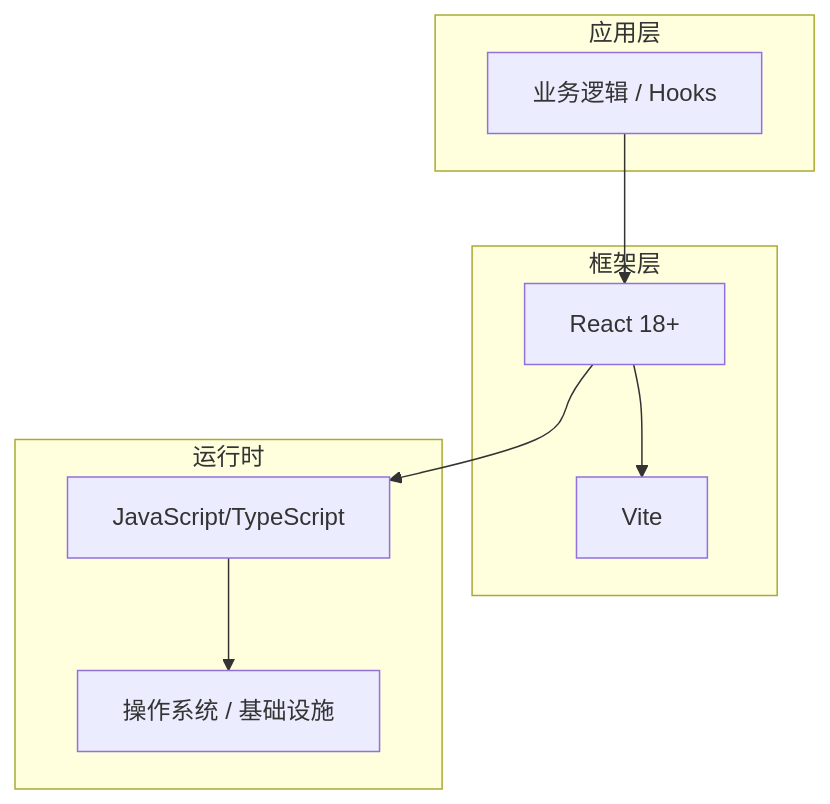
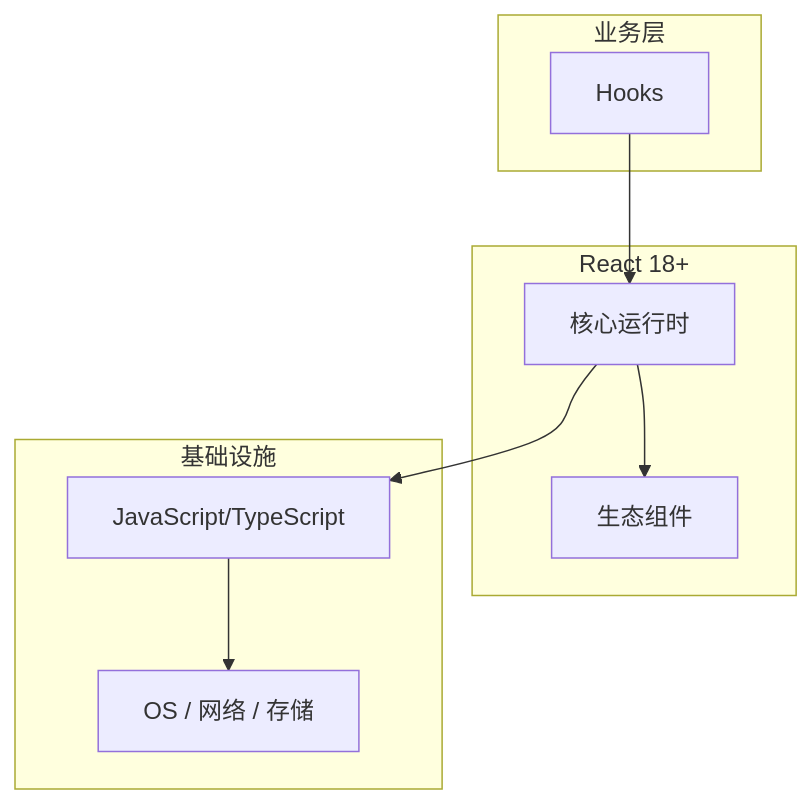
Before and after one commit to yanggan2015/knowledge-json-v2: the diagram in articles/React/chapters/073-Hooks核心概念与原理.md, drawn with Mermaid. The commit also changed other lines of this file and 10127 other files, not shown here.

````diff
--- a/articles/React/chapters/073-Hooks核心概念与原理.md
+++ b/articles/React/chapters/073-Hooks核心概念与原理.md
@@ -45,18 +34,18 @@
 ```mermaid
 graph TB
-    subgraph 应用层
-        A[业务逻辑 / Hooks]
+    subgraph 业务层
+        A[Hooks]
     end
-    subgraph 框架层
-        B[React 18+]
-        C[Vite]
+    subgraph React 18+
+        B[核心运行时]
+        C[生态组件]
     end
-    subgraph 运行时
+    subgraph 基础设施
         D[JavaScript/TypeScript]
-        E[操作系统 / 基础设施]
+        E[OS / 网络 / 存储]
     end
     A --> B
     B --> C
     B --> D
     D --> E
 ```
````
